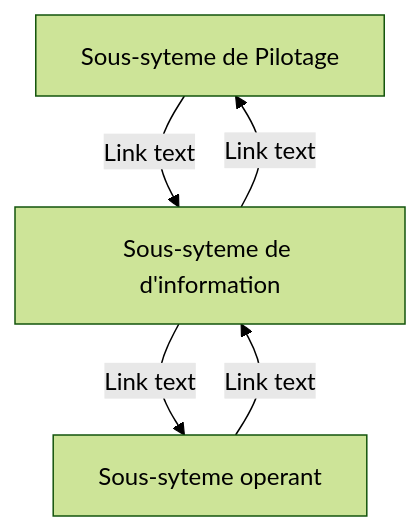
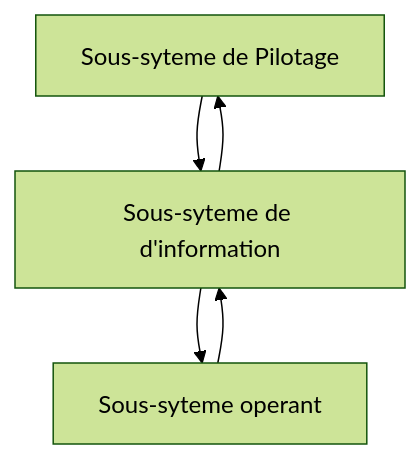
The first of 5 diagrams in docs/lecon1.md (doutoum90/conception), drawn with Mermaid (forest theme) before and after one commit.

Commit message:
change to display mermaid

````diff
--- a/docs/lecon1.md
+++ b/docs/lecon1.md
@@ -21,7 +21,7 @@
 ```mermaid
 graph TD
-A[Sous-syteme de Pilotage] -- Link text --> B[Sous-syteme de d'information]
-B -- Link text--> A
-B-- Link text--> C[Sous-syteme operant]
-C -- Link text--> B
+A[Sous-syteme de Pilotage] --> B[Sous-syteme de d'information]
+B --> A
+B--> C[Sous-syteme operant]
+C --> B
 ```
````
